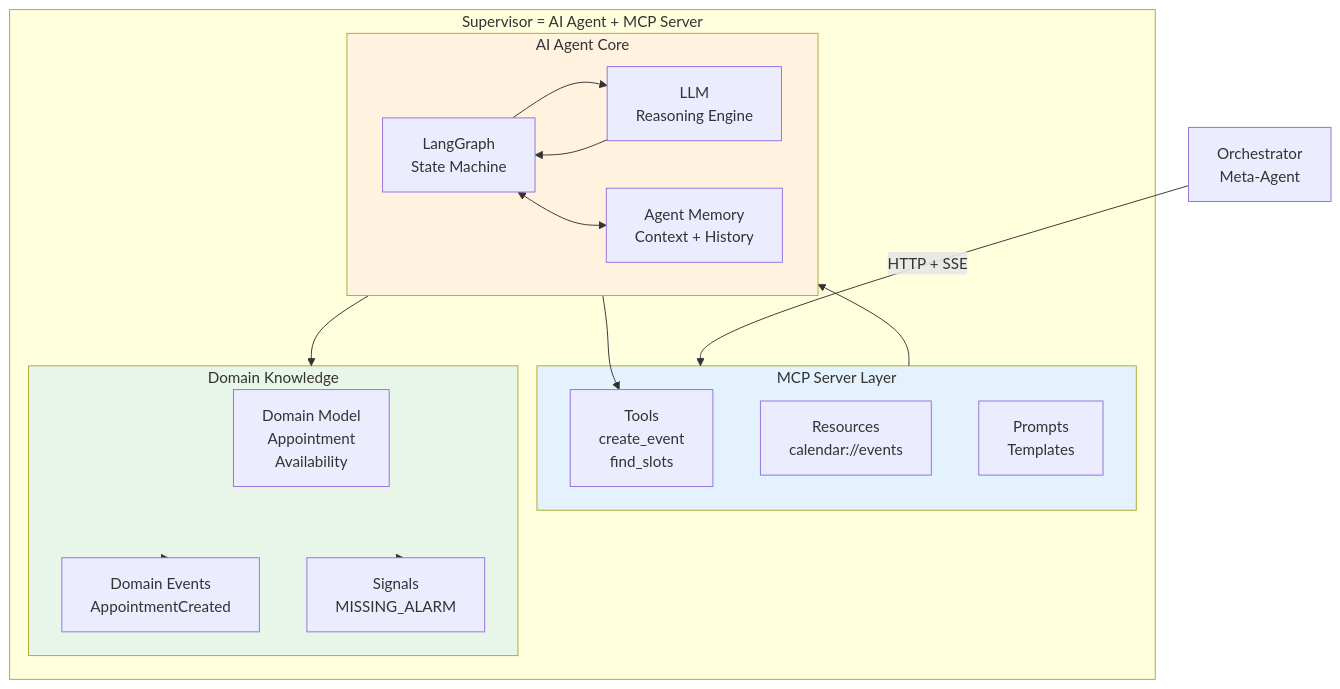
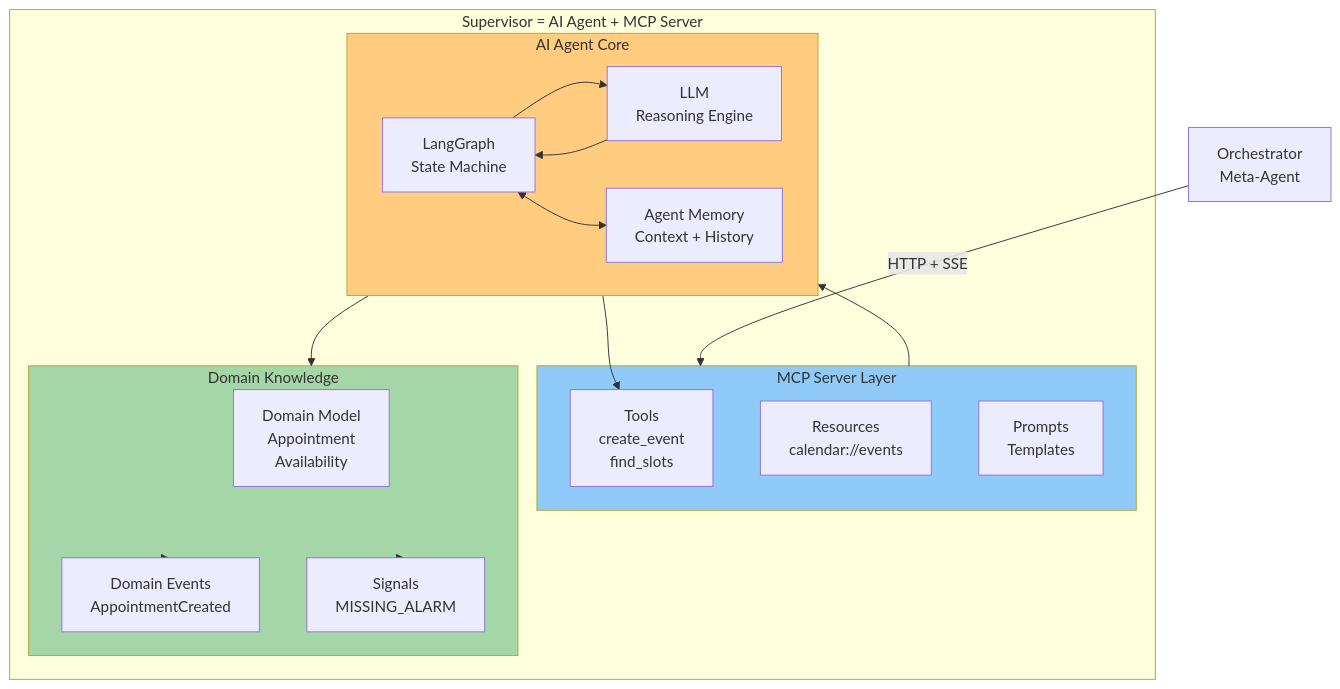
The second of 8 diagrams in docs/solution-architecture/02-architecture-principles.md (y-core-engineering/fidus), drawn with Mermaid before and after one commit. The commit also changed other lines of this file and 26 other files, not shown here.

First line of the commit message:
feat: add comprehensive UX/UI design docs and Mermaid validation (#6)

````diff
--- a/docs/solution-architecture/02-architecture-principles.md
+++ b/docs/solution-architecture/02-architecture-principles.md
@@ -52,39 +52,39 @@
 ```mermaid
 graph TB
     subgraph Supervisor["Supervisor = AI Agent + MCP Server"]
         subgraph Agent["AI Agent Core"]
             LG[LangGraph<br/>State Machine]
             LLM[LLM<br/>Reasoning Engine]
             Memory[Agent Memory<br/>Context + History]
 
             LG --> LLM
             LLM --> LG
             LG <--> Memory
         end
 
         subgraph MCP["MCP Server Layer"]
             Tools[Tools<br/>create_event<br/>find_slots]
             Resources[Resources<br/>calendar://events]
             Prompts[Prompts<br/>Templates]
         end
 
         subgraph Domain["Domain Knowledge"]
             DM[Domain Model<br/>Appointment<br/>Availability]
             Events[Domain Events<br/>AppointmentCreated]
             Signals[Signals<br/>MISSING_ALARM]
         end
 
         Agent --> Tools
         Agent --> Domain
         MCP --> Agent
     end
 
     Orch[Orchestrator<br/>Meta-Agent] -->|HTTP + SSE| MCP
 
     Domain --> Events
     Domain --> Signals
 
-    style Agent fill:#fff3e0
-    style MCP fill:#e3f2fd
-    style Domain fill:#e8f5e9
+    style Agent fill:#ffcc80
+    style MCP fill:#90caf9
+    style Domain fill:#a5d6a7
 ```
````
